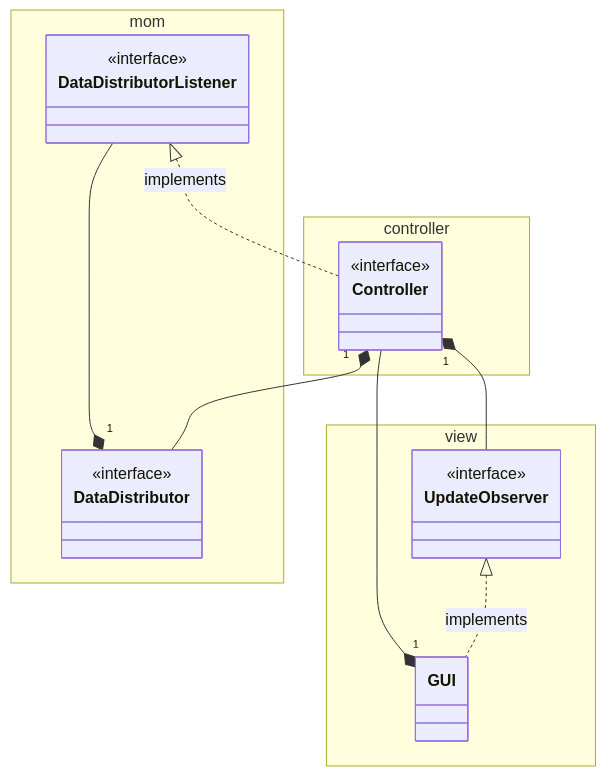
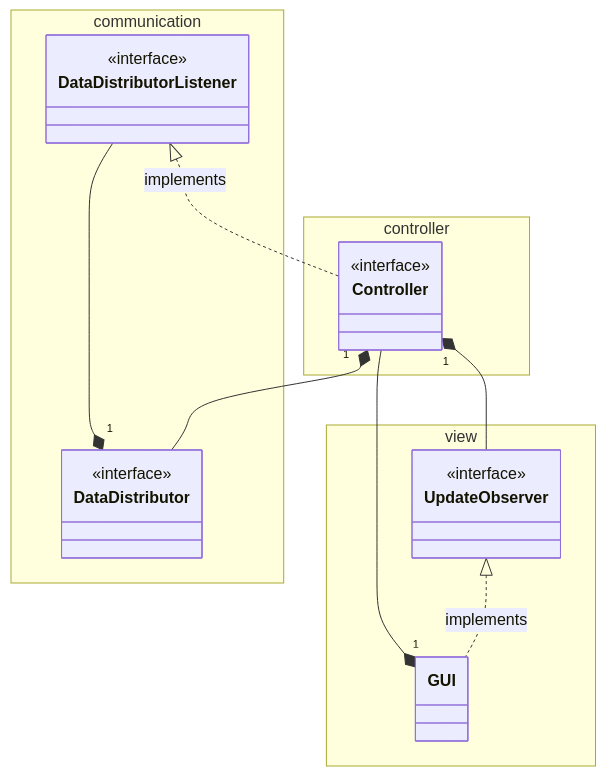
One commit to TeoV00/coop-sudoku-pcd changed the first of 8 diagrams in README.md. Above: the diagram before and after it, drawn with Mermaid. The commit also changed other lines of this file, not shown here.

````diff
--- a/README.md
+++ b/README.md
@@ -28,35 +12,35 @@
 ``` mermaid
 classDiagram
 
 DataDistributorListener <|.. Controller : implements
 Controller "1" *-- DataDistributor
 GUI "1" *-- Controller
 DataDistributor "1" *-- DataDistributorListener
 Controller "1" *-- UpdateObserver
 
 UpdateObserver <|.. GUI : implements
 
 
 namespace controller {
   class Controller {
     <<interface>>
   }
 }
 
-namespace mom {
+namespace communication {
   class DataDistributor {
     <<interface>>
   }
   class DataDistributorListener {
     <<interface>>
   }
 
 }
 
 namespace view {
   class GUI
   class UpdateObserver {
     <<interface>>
   }
 }
 ```
````
